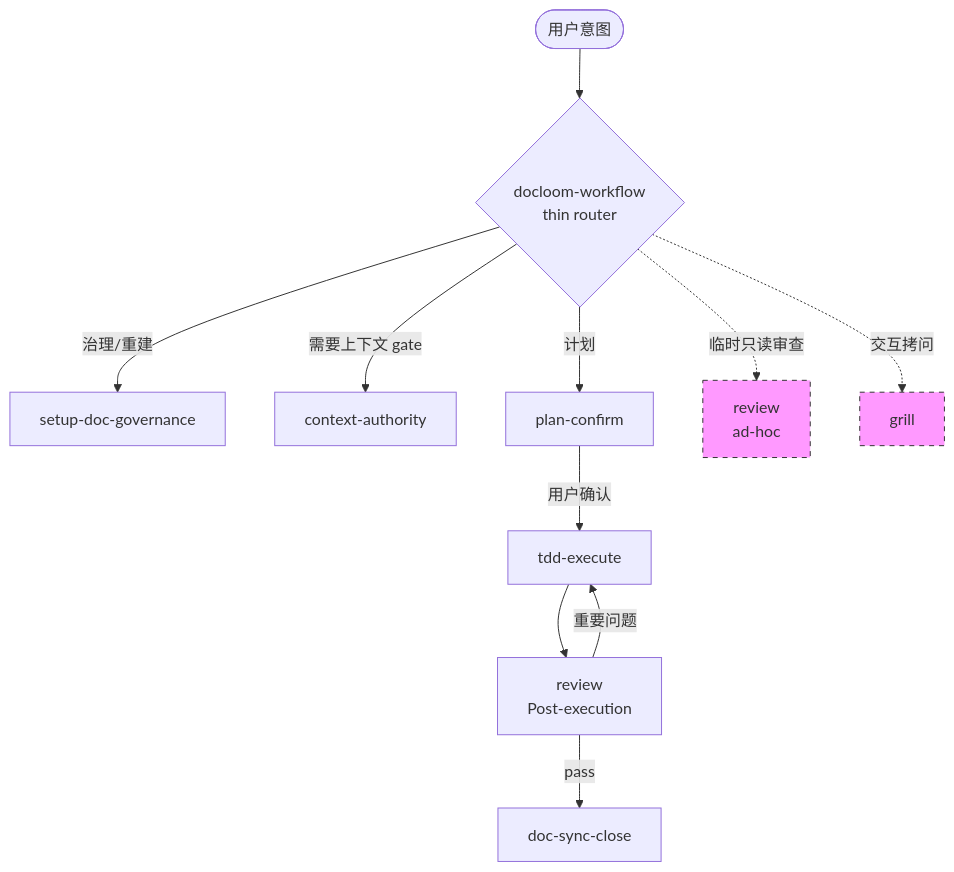
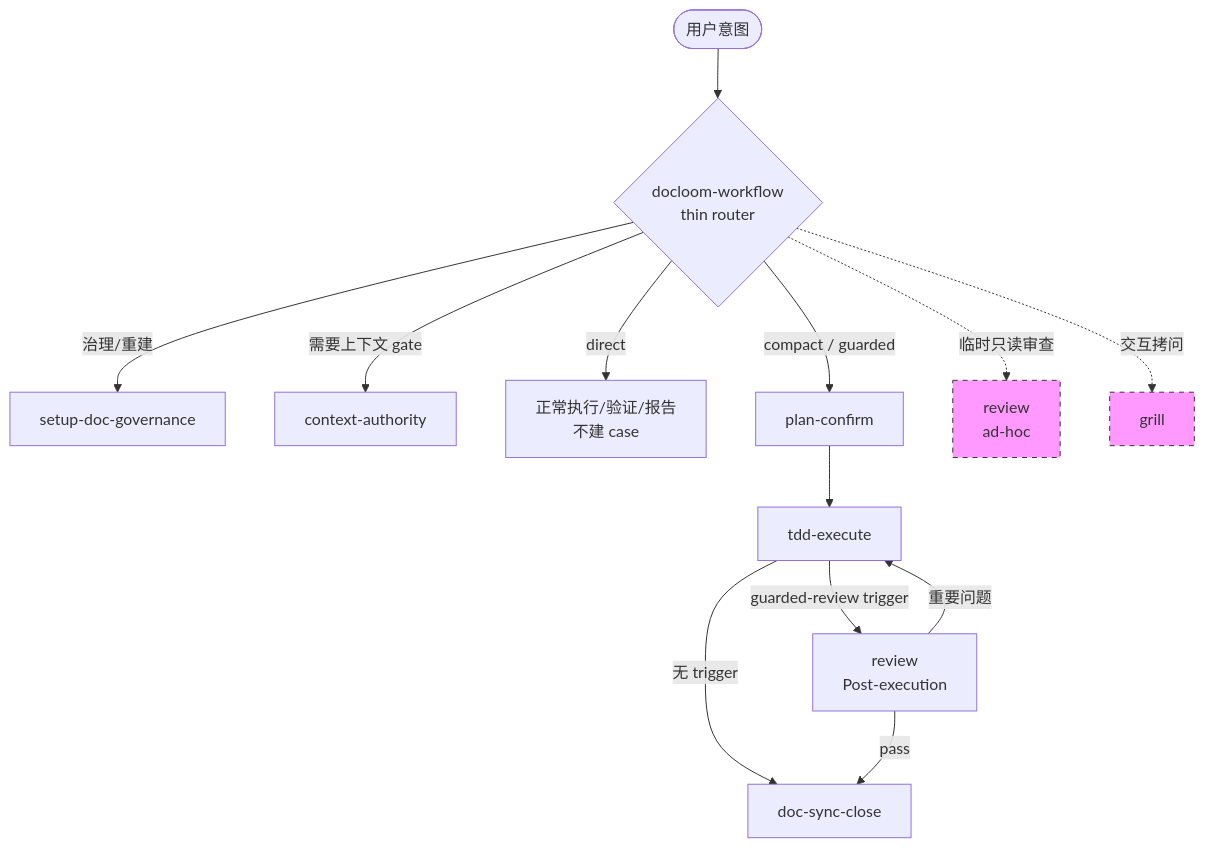
The second of 5 diagrams in docs/share/workflow-and-design.md (yomij/doc-loom-least), drawn with Mermaid before and after one commit. The commit also changed other lines of this file and 24 other files, not shown here.

````diff
--- a/docs/share/workflow-and-design.md
+++ b/docs/share/workflow-and-design.md
@@ -124,16 +126,18 @@
 ```mermaid
 flowchart TD
     User([用户意图]) --> Entry{docloom-workflow<br/>thin router}
     Entry -->|治理/重建| GOV[setup-doc-governance]
     Entry -->|需要上下文 gate| CTX[context-authority]
-    Entry -->|计划| PLAN[plan-confirm]
-    PLAN -->|用户确认| TDD[tdd-execute]
-    TDD --> POST[review<br/>Post-execution]
-    POST -->|pass| CLOSE[doc-sync-close]
+    Entry -->|direct| DIRECT[正常执行/验证/报告<br/>不建 case]
+    Entry -->|compact / guarded| PLAN[plan-confirm]
+    PLAN --> TDD[tdd-execute]
+    TDD -->|guarded-review trigger| POST[review<br/>Post-execution]
+    TDD -->|无 trigger| CLOSE[doc-sync-close]
+    POST -->|pass| CLOSE
     POST -->|重要问题| TDD
     Entry -.临时只读审查.-> ADHOC[review<br/>ad-hoc]
     Entry -.交互拷问.-> GRILL[grill]
 
     classDef manual stroke-dasharray: 5 5,fill:#f9f,stroke:#333
     class ADHOC,GRILL manual
 ```
````
